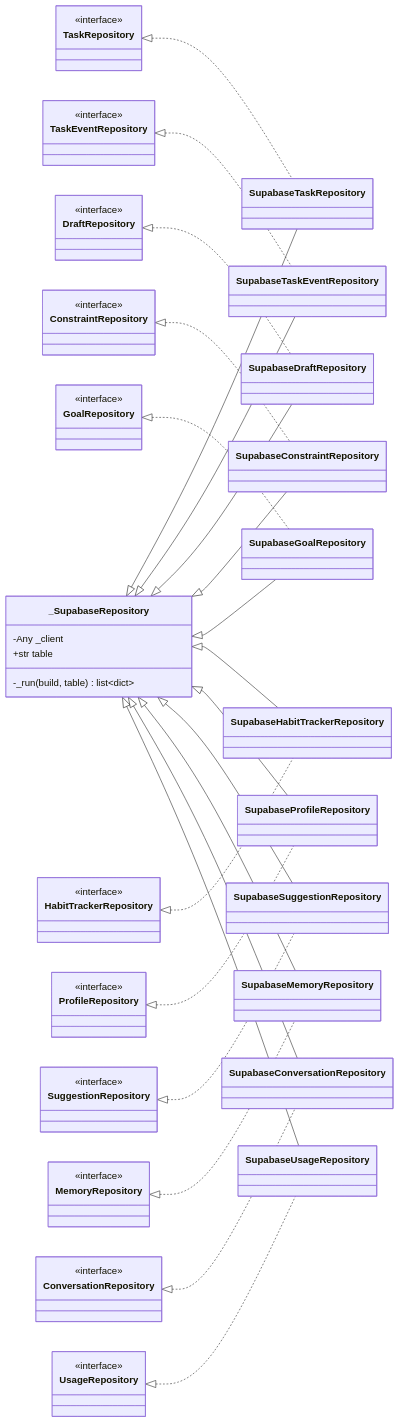
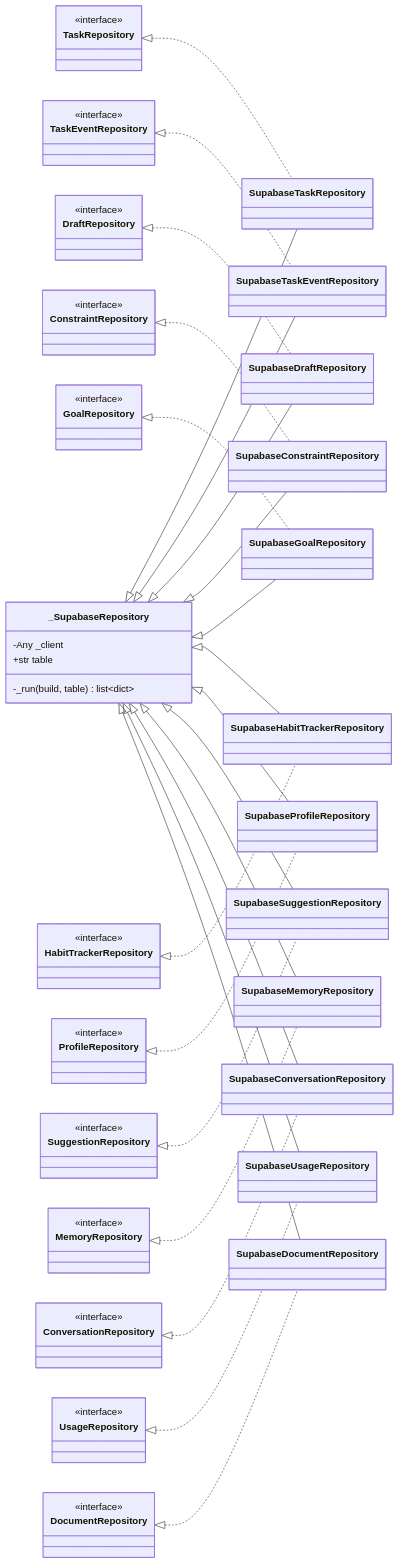
Before and after one commit to HackHeroic/Jarvis-Engine: the seventh of 16 diagrams in docs/capstone/03-class-diagrams.md, drawn with Mermaid. The commit also changed other lines of this file and 13 other files, not shown here.

````diff
--- a/docs/capstone/03-class-diagrams.md
+++ b/docs/capstone/03-class-diagrams.md
@@ -797,76 +827,82 @@
 ```mermaid
 classDiagram
     direction LR
     class _SupabaseRepository {
         -Any _client
         +str table
         -_run(build, table) list~dict~
     }
     class TaskRepository {
         <<interface>>
     }
     class TaskEventRepository {
         <<interface>>
     }
     class DraftRepository {
         <<interface>>
     }
     class ConstraintRepository {
         <<interface>>
     }
     class GoalRepository {
         <<interface>>
     }
     class HabitTrackerRepository {
         <<interface>>
     }
     class ProfileRepository {
         <<interface>>
     }
     class SuggestionRepository {
         <<interface>>
     }
     class MemoryRepository {
         <<interface>>
     }
     class ConversationRepository {
         <<interface>>
     }
     class UsageRepository {
         <<interface>>
     }
+    class DocumentRepository {
+        <<interface>>
+    }
     class SupabaseTaskRepository
     class SupabaseTaskEventRepository
     class SupabaseDraftRepository
     class SupabaseConstraintRepository
     class SupabaseGoalRepository
     class SupabaseHabitTrackerRepository
     class SupabaseProfileRepository
     class SupabaseSuggestionRepository
     class SupabaseMemoryRepository
     class SupabaseConversationRepository
     class SupabaseUsageRepository
+    class SupabaseDocumentRepository
 
     _SupabaseRepository <|-- SupabaseTaskRepository
     _SupabaseRepository <|-- SupabaseTaskEventRepository
     _SupabaseRepository <|-- SupabaseDraftRepository
     _SupabaseRepository <|-- SupabaseConstraintRepository
     _SupabaseRepository <|-- SupabaseGoalRepository
     _SupabaseRepository <|-- SupabaseHabitTrackerRepository
     _SupabaseRepository <|-- SupabaseProfileRepository
     _SupabaseRepository <|-- SupabaseSuggestionRepository
     _SupabaseRepository <|-- SupabaseMemoryRepository
     _SupabaseRepository <|-- SupabaseConversationRepository
     _SupabaseRepository <|-- SupabaseUsageRepository
+    _SupabaseRepository <|-- SupabaseDocumentRepository
     TaskRepository <|.. SupabaseTaskRepository
     TaskEventRepository <|.. SupabaseTaskEventRepository
     DraftRepository <|.. SupabaseDraftRepository
     ConstraintRepository <|.. SupabaseConstraintRepository
     GoalRepository <|.. SupabaseGoalRepository
     HabitTrackerRepository <|.. SupabaseHabitTrackerRepository
     ProfileRepository <|.. SupabaseProfileRepository
     SuggestionRepository <|.. SupabaseSuggestionRepository
     MemoryRepository <|.. SupabaseMemoryRepository
     ConversationRepository <|.. SupabaseConversationRepository
     UsageRepository <|.. SupabaseUsageRepository
+    DocumentRepository <|.. SupabaseDocumentRepository
 ```
````
